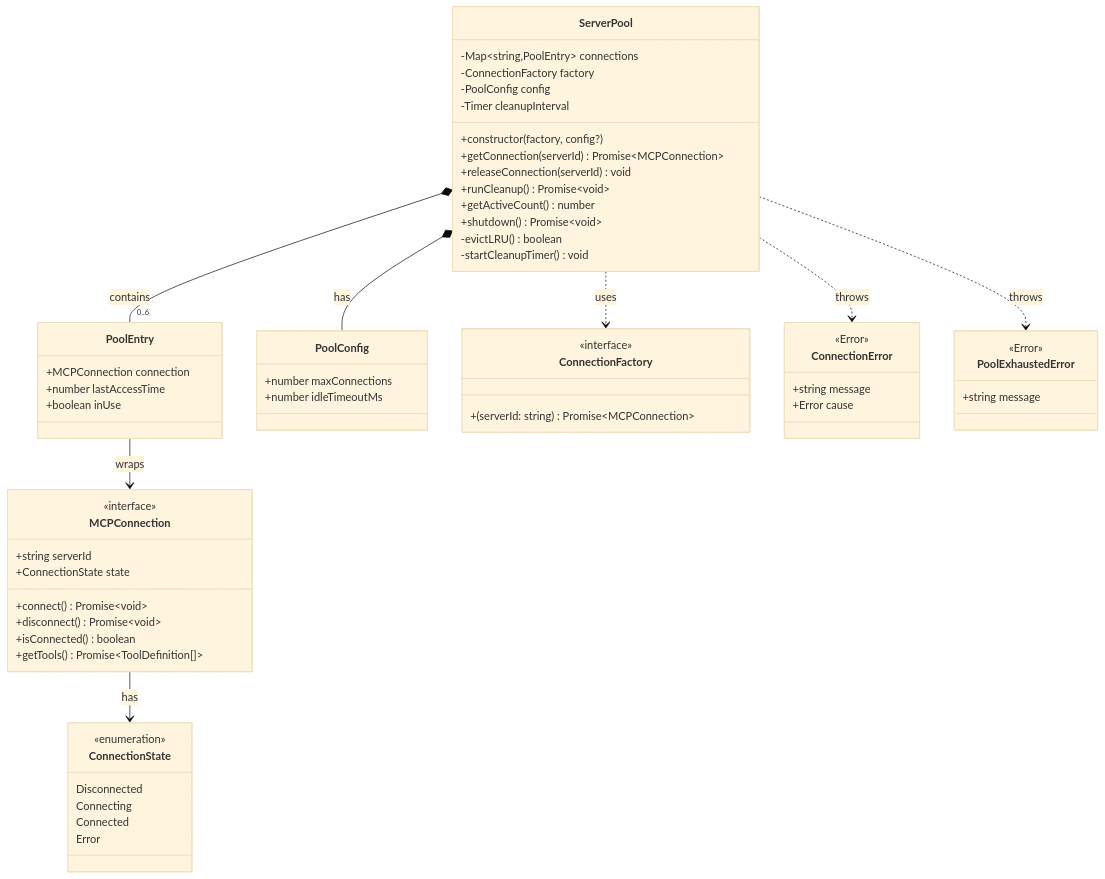
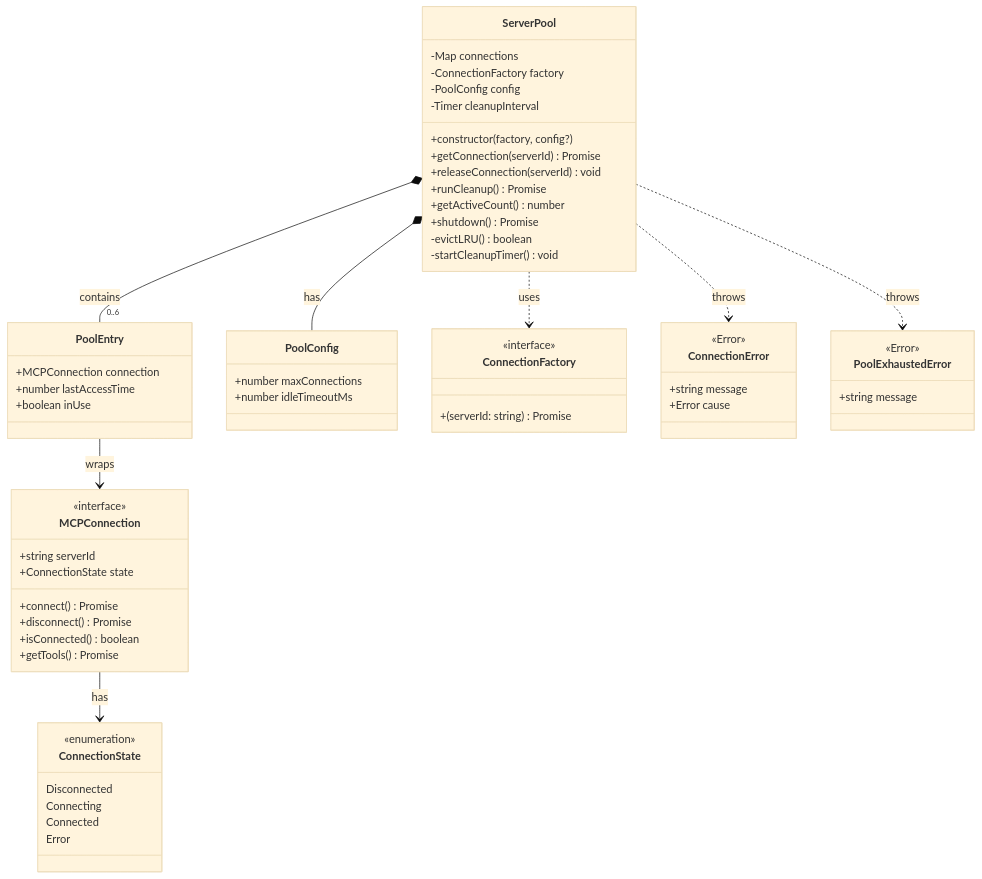
One commit to blueman82/mcp-exec changed the first of 12 diagrams in projects/meta-mcp-server/docs/diagrams/05-server-pool-architecture.md. Above: the diagram before and after it, drawn with Mermaid (base theme). The commit also changed other lines of this file and 4 other files, not shown here.

First line of the commit message:
fix: Comprehensive Mermaid syntax fixes across all diagrams

````diff
--- a/projects/meta-mcp-server/docs/diagrams/05-server-pool-architecture.md
+++ b/projects/meta-mcp-server/docs/diagrams/05-server-pool-architecture.md
@@ -7,70 +7,70 @@
 ```mermaid
 classDiagram
     class ServerPool {
-        -Map~string,PoolEntry~ connections
+        -Map<string,PoolEntry> connections
         -ConnectionFactory factory
         -PoolConfig config
         -Timer cleanupInterval
         +constructor(factory, config?)
-        +getConnection(serverId) Promise~MCPConnection~
+        +getConnection(serverId) Promise<MCPConnection>
         +releaseConnection(serverId) void
-        +runCleanup() Promise~void~
+        +runCleanup() Promise<void>
         +getActiveCount() number
-        +shutdown() Promise~void~
+        +shutdown() Promise<void>
         -evictLRU() boolean
         -startCleanupTimer() void
     }
 
     class PoolEntry {
         +MCPConnection connection
         +number lastAccessTime
         +boolean inUse
     }
 
     class PoolConfig {
         +number maxConnections
         +number idleTimeoutMs
     }
 
     class ConnectionFactory {
         <<interface>>
-        +(serverId: string) Promise~MCPConnection~
+        +(serverId: string) Promise<MCPConnection>
     }
 
     class MCPConnection {
         <<interface>>
         +string serverId
         +ConnectionState state
-        +connect() Promise~void~
-        +disconnect() Promise~void~
+        +connect() Promise<void>
+        +disconnect() Promise<void>
         +isConnected() boolean
-        +getTools() Promise~ToolDefinition[]~
+        +getTools() Promise<ToolDefinition[]>
     }
 
     class ConnectionState {
         <<enumeration>>
         Disconnected
         Connecting
         Connected
         Error
     }
 
     class ConnectionError {
         <<Error>>
         +string message
         +Error cause
     }
 
     class PoolExhaustedError {
         <<Error>>
         +string message
     }
 
     ServerPool *-- "0..6" PoolEntry : contains
     ServerPool ..> ConnectionFactory : uses
     ServerPool *-- PoolConfig : has
     ServerPool ..> ConnectionError : throws
     ServerPool ..> PoolExhaustedError : throws
     PoolEntry --> MCPConnection : wraps
     MCPConnection --> ConnectionState : has
 ```
````
